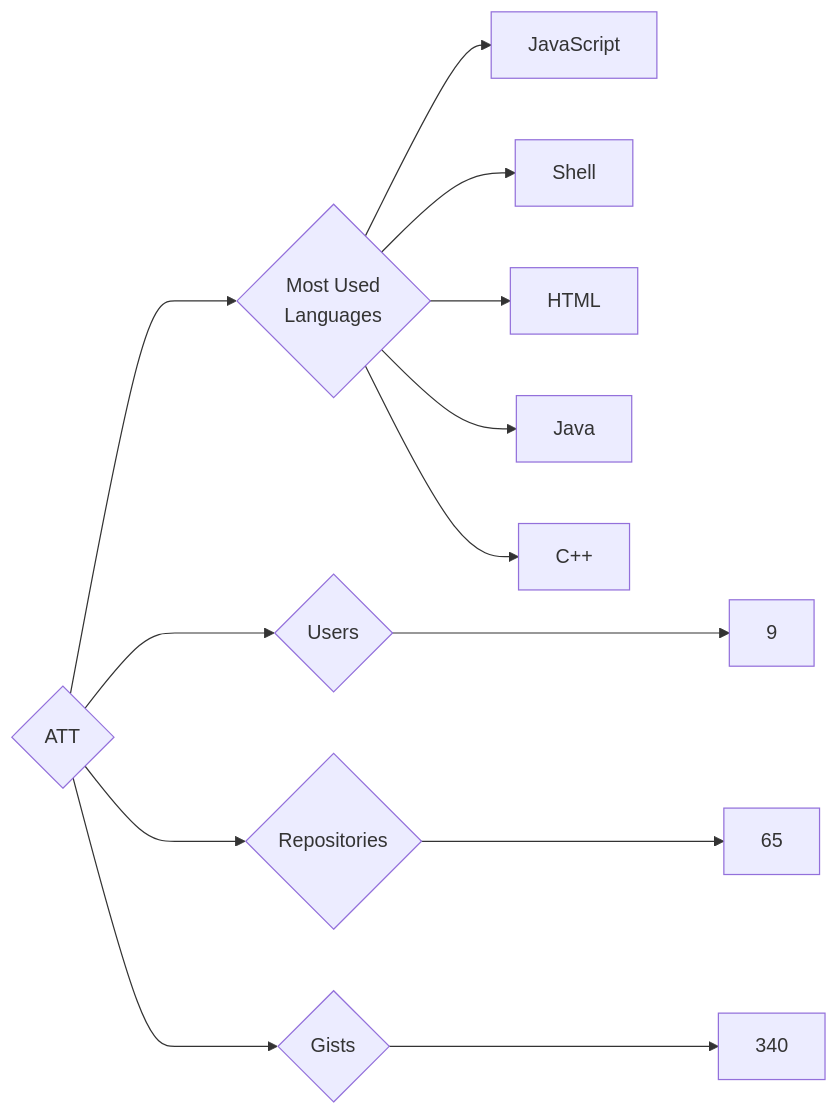
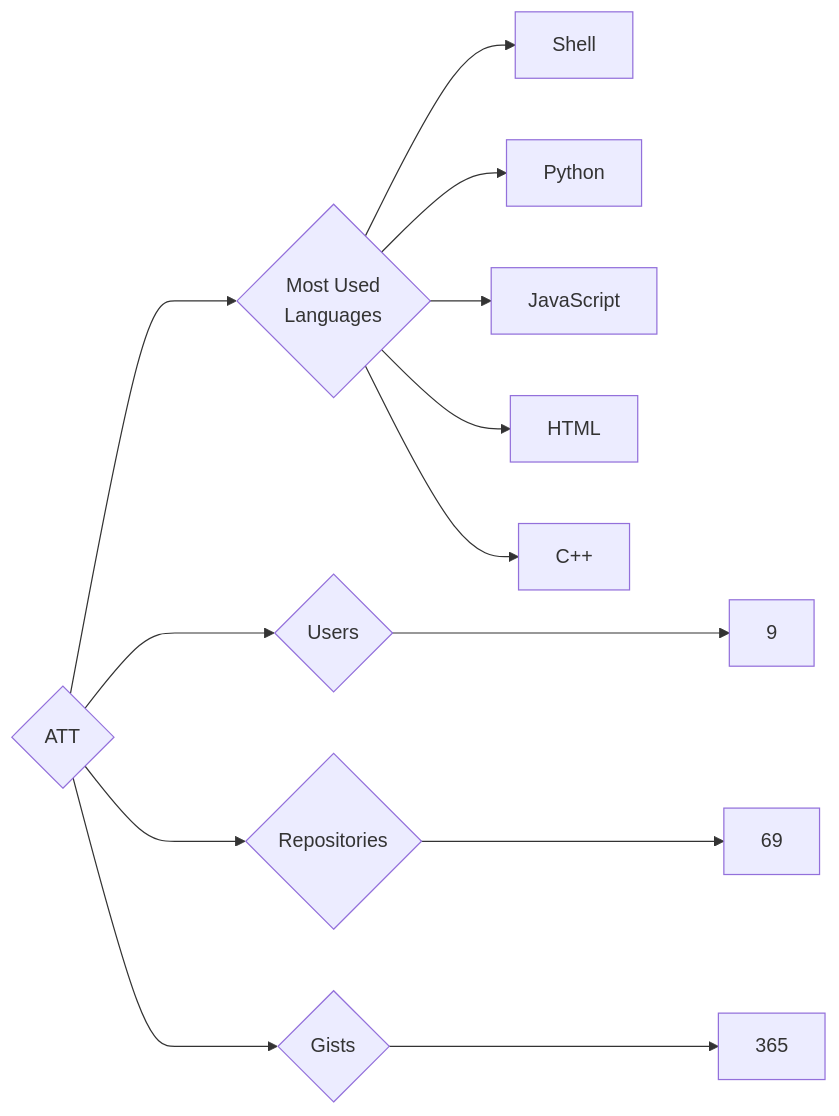
Before and after one commit to trickest/insiders: the diagram in targets/ATT/README.md, drawn with Mermaid. The commit also changed 1238 other files, not shown here.

````diff
--- a/targets/ATT/README.md
+++ b/targets/ATT/README.md
@@ -3,13 +3,13 @@
 ```mermaid
 graph LR
 COMPANY_NAME{ATT}
 COMPANY_NAME ---> U{Users} ---> UN[9]
-COMPANY_NAME ---> R{Repositories} ---> RN[65]
-COMPANY_NAME ---> G{Gists} ---> GN[340]
+COMPANY_NAME ---> R{Repositories} ---> RN[69]
+COMPANY_NAME ---> G{Gists} ---> GN[365]
 COMPANY_NAME ---> ML{Most Used<br>Languages}
+ML --> Shell[Shell]
+ML --> Python[Python]
 ML --> JavaScript[JavaScript]
-ML --> Shell[Shell]
 ML --> HTML[HTML]
-ML --> Java[Java]
 ML --> C++[C++]
 ```
````
